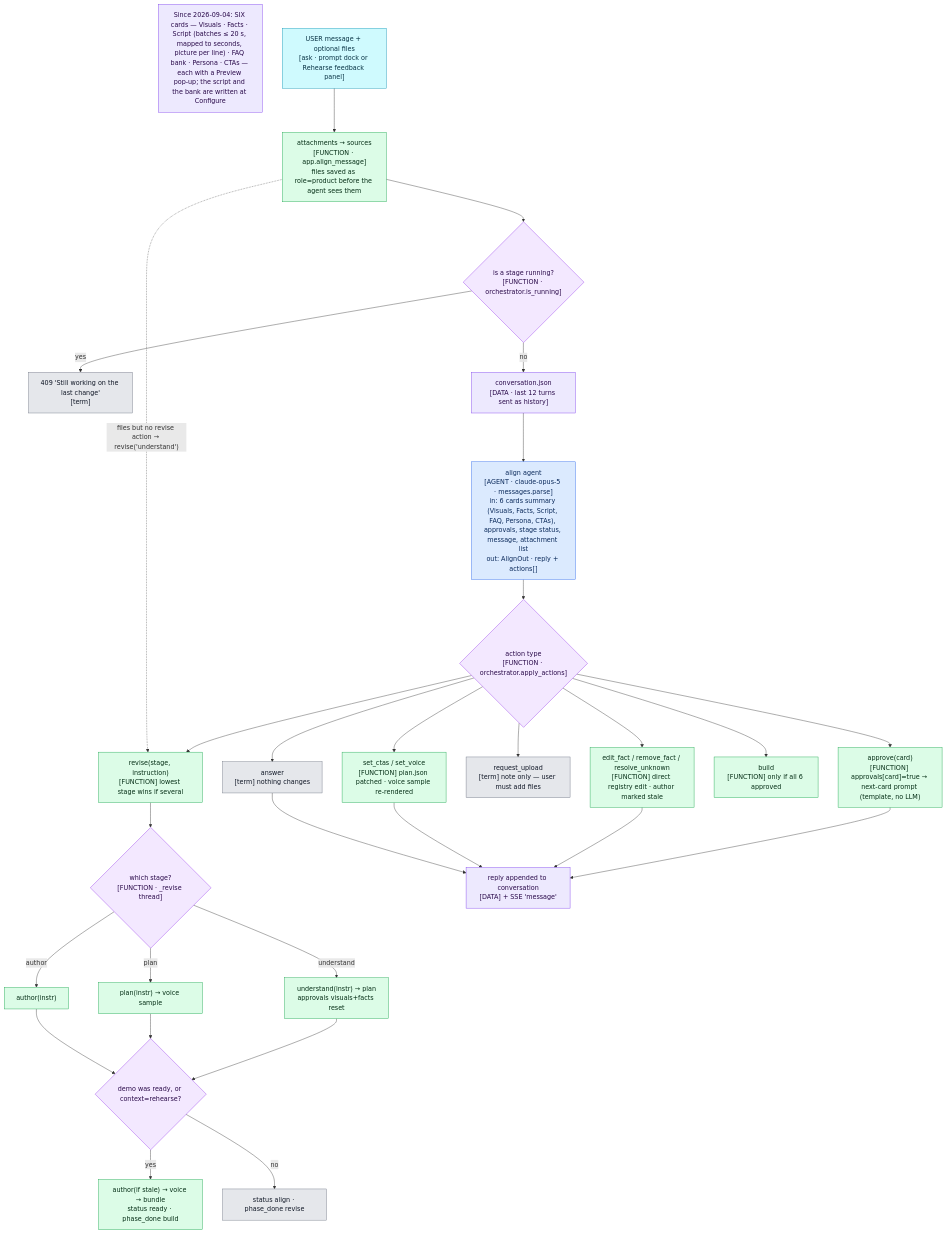
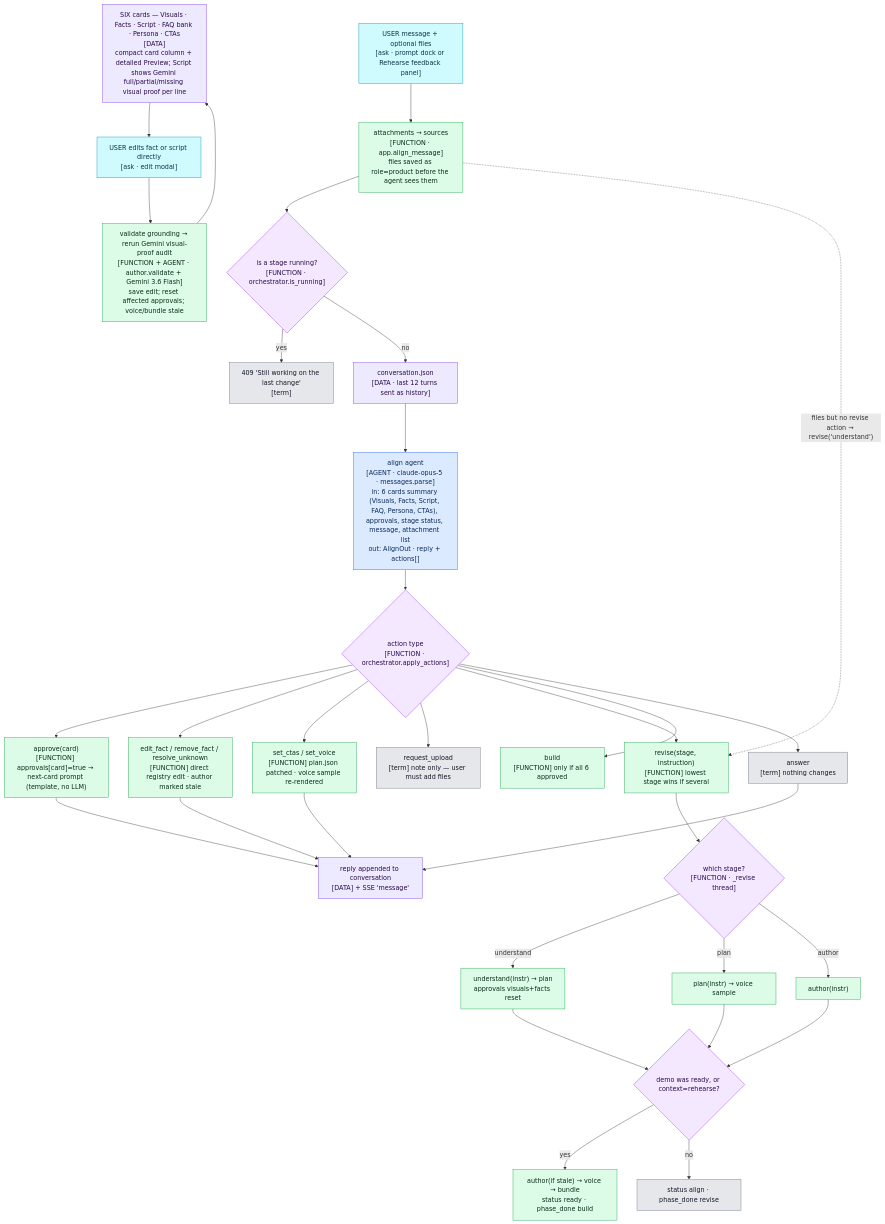
One commit to APareek89/demo-studio changed the diagram in docs/mermaid/03-align.mmd. Above: the diagram before and after it, drawn with Mermaid. The commit also changed 29 other files, not shown here.

```diff
--- a/docs/mermaid/03-align.mmd
+++ b/docs/mermaid/03-align.mmd
@@ -1,53 +1,56 @@
 %% 03 · Align loop — one prompt dock, one agent, structured actions
 flowchart TD
-  N6["Since 2026-09-04: SIX cards — Visuals · Facts · Script (batches ≤ 20 s, mapped to seconds, picture per line) · FAQ bank · Persona · CTAs — each with a Preview pop-up; the script and the bank are written at Configure"]:::data
+  N6["SIX cards — Visuals · Facts · Script · FAQ bank · Persona · CTAs<br/>[DATA]<br/>compact card column + detailed Preview; Script shows Gemini full/partial/missing visual proof per line"]:::data
   MSG["USER message + optional files<br/>[ask · prompt dock or Rehearse feedback panel]"]:::ask
   ATT["attachments → sources<br/>[FUNCTION · app.align_message]<br/>files saved as role=product before the agent sees them"]:::fn
   BUSY{"is a stage running?<br/>[FUNCTION · orchestrator.is_running]"}:::dec
   WAIT["409 'Still working on the last change'<br/>[term]"]:::term
   HIST["conversation.json<br/>[DATA · last 12 turns sent as history]"]:::data
   AGENT["align agent<br/>[AGENT · claude-opus-5 · messages.parse]<br/>in: 6 cards summary (Visuals, Facts, Script, FAQ, Persona, CTAs), approvals, stage status, message, attachment list<br/>out: AlignOut · reply + actions[]"]:::agent
   APPLY{"action type<br/>[FUNCTION · orchestrator.apply_actions]"}:::dec
   A1["approve(card)<br/>[FUNCTION] approvals[card]=true → next-card prompt (template, no LLM)"]:::fn
   A2["edit_fact / remove_fact / resolve_unknown<br/>[FUNCTION] direct registry edit · author marked stale"]:::fn
   A3["set_ctas / set_voice<br/>[FUNCTION] plan.json patched · voice sample re-rendered"]:::fn
   A4["request_upload<br/>[term] note only — user must add files"]:::term
   A5["revise(stage, instruction)<br/>[FUNCTION] lowest stage wins if several"]:::fn
   A6["build<br/>[FUNCTION] only if all 6 approved"]:::fn
   A7["answer<br/>[term] nothing changes"]:::term
+  EDIT["USER edits fact or script directly<br/>[ask · edit modal]"]:::ask
+  SAVEEDIT["validate grounding → rerun Gemini visual-proof audit<br/>[FUNCTION + AGENT · author.validate + Gemini 3.6 Flash]<br/>save edit; reset affected approvals; voice/bundle stale"]:::fn
   REV{"which stage?<br/>[FUNCTION · _revise thread]"}:::dec
   R1["understand(instr) → plan<br/>approvals visuals+facts reset"]:::fn
   R2["plan(instr) → voice sample"]:::fn
   R3["author(instr)"]:::fn
   RB{"demo was ready, or context=rehearse?"}:::dec
   RBUILD["author(if stale) → voice → bundle<br/>status ready · phase_done build"]:::fn
   RALIGN["status align · phase_done revise"]:::term
   REPLY["reply appended to conversation<br/>[DATA] + SSE 'message'"]:::data
 
   MSG --> ATT --> BUSY
   BUSY -- "yes" --> WAIT
   BUSY -- "no" --> HIST --> AGENT --> APPLY
   APPLY --> A1
   APPLY --> A2
   APPLY --> A3
   APPLY --> A4
   APPLY --> A5 --> REV
   APPLY --> A6
   APPLY --> A7
   REV -- "understand" --> R1 --> RB
   REV -- "plan" --> R2 --> RB
   REV -- "author" --> R3 --> RB
   RB -- "yes" --> RBUILD
   RB -- "no" --> RALIGN
   A1 --> REPLY
   A2 --> REPLY
   A3 --> REPLY
   A7 --> REPLY
   ATT -.->|"files but no revise action → revise('understand')"| A5
+  N6 --> EDIT --> SAVEEDIT --> N6
 
   classDef agent fill:#dbeafe,stroke:#2563eb,color:#0b2a5b;
   classDef fn fill:#dcfce7,stroke:#16a34a,color:#052e16;
   classDef dec fill:#f3e8ff,stroke:#9333ea,color:#2a0a4a;
   classDef term fill:#e5e7eb,stroke:#6b7280,color:#111827;
   classDef ask fill:#cffafe,stroke:#0891b2,color:#083344;
   classDef data fill:#ede9fe,stroke:#7c3aed,color:#2a0a4a;
```
